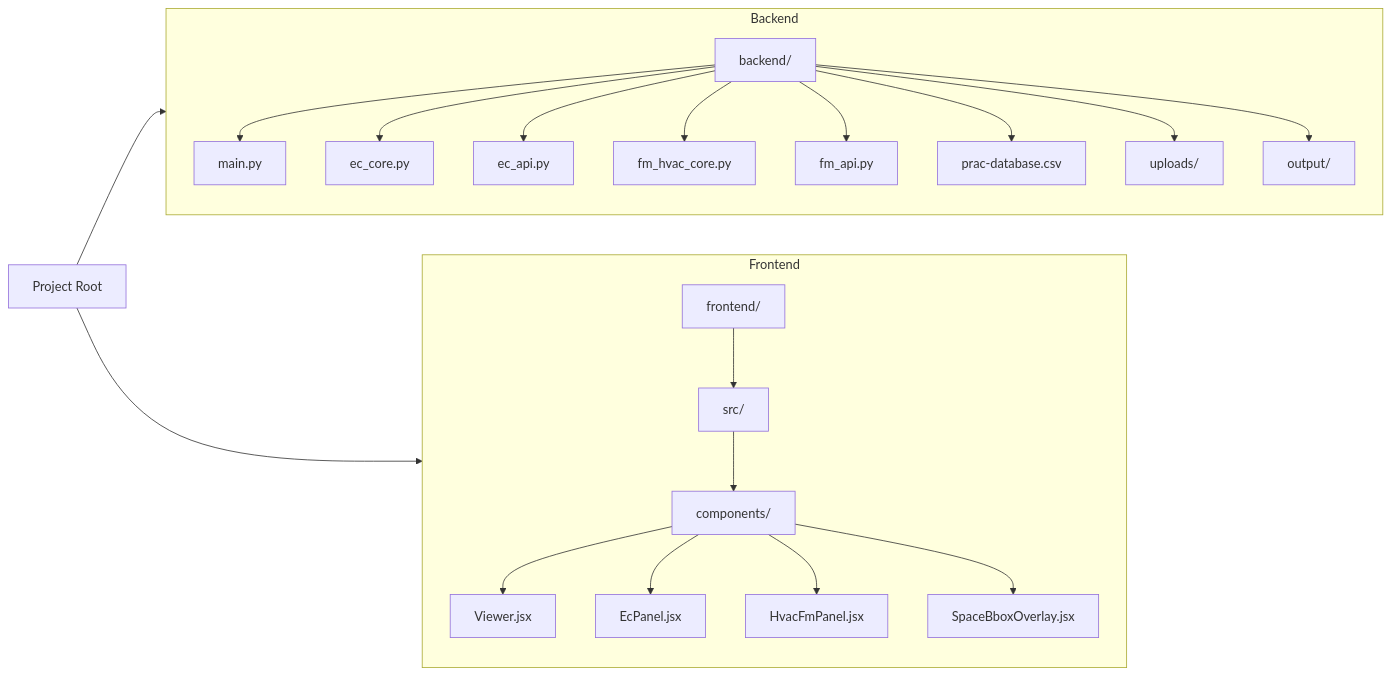
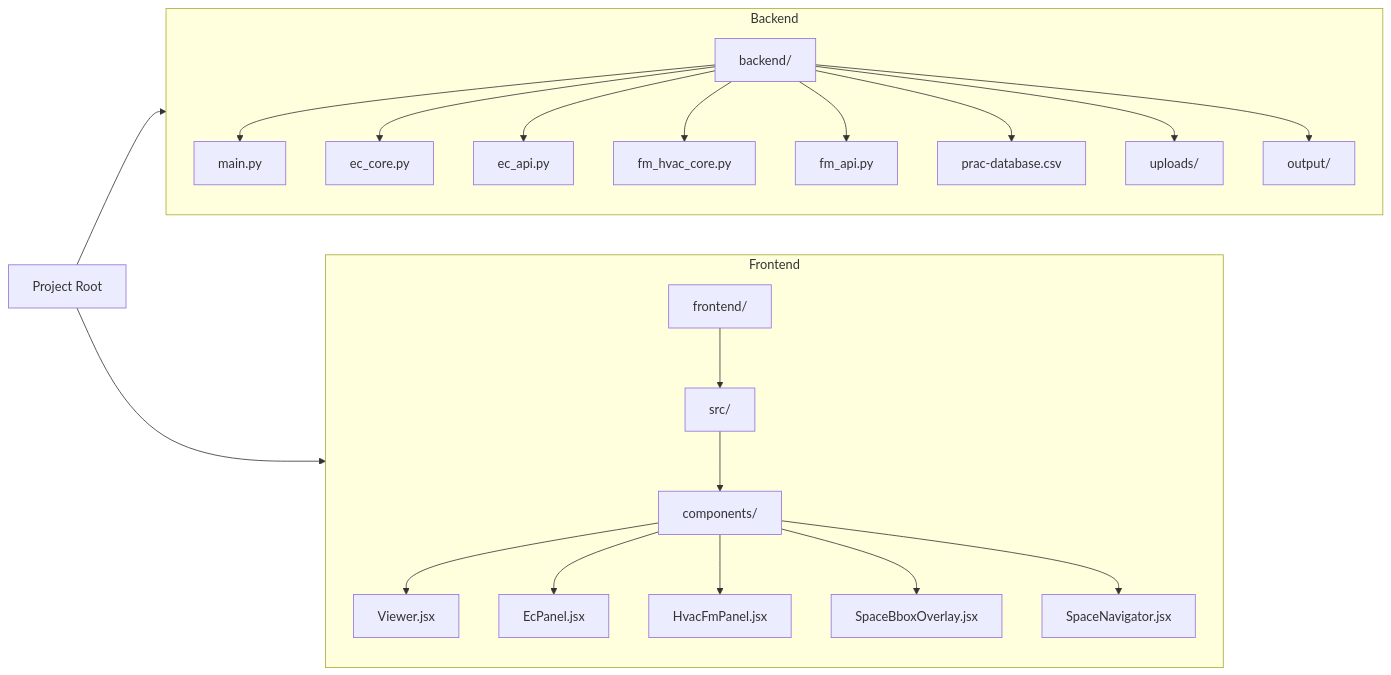
One commit to Naveendinula/DigitalTwin changed the second of 6 diagrams in SYSTEM_MAP.md. Above: the diagram before and after it, drawn with Mermaid. The commit also changed other lines of this file and 2 other files, not shown here.

First line of the commit message:
Update docs for HVAC/FM enrichment and space overlays

````diff
--- a/SYSTEM_MAP.md
+++ b/SYSTEM_MAP.md
@@ -72,45 +72,47 @@
 ```mermaid
 graph LR
     Root[Project Root]
     
     subgraph Backend
         BE[backend/]
         Main[main.py]
         Core[ec_core.py]
         API[ec_api.py]
         FmCore[fm_hvac_core.py]
         FmAPI[fm_api.py]
         DB[prac-database.csv]
         Uploads[uploads/]
         Output[output/]
         
         BE --> Main
         BE --> Core
         BE --> API
         BE --> FmCore
         BE --> FmAPI
         BE --> DB
         BE --> Uploads
         BE --> Output
     end
     
     subgraph Frontend
         FE[frontend/]
         Src[src/]
         Comps[components/]
         Viewer[Viewer.jsx]
         Panel[EcPanel.jsx]
         HvacPanel[HvacFmPanel.jsx]
         SpaceOverlay[SpaceBboxOverlay.jsx]
+        SpaceNav[SpaceNavigator.jsx]
         
         FE --> Src
         Src --> Comps
         Comps --> Viewer
         Comps --> Panel
         Comps --> HvacPanel
         Comps --> SpaceOverlay
+        Comps --> SpaceNav
     end
     
     Root --> Backend
     Root --> Frontend
 ```
````
